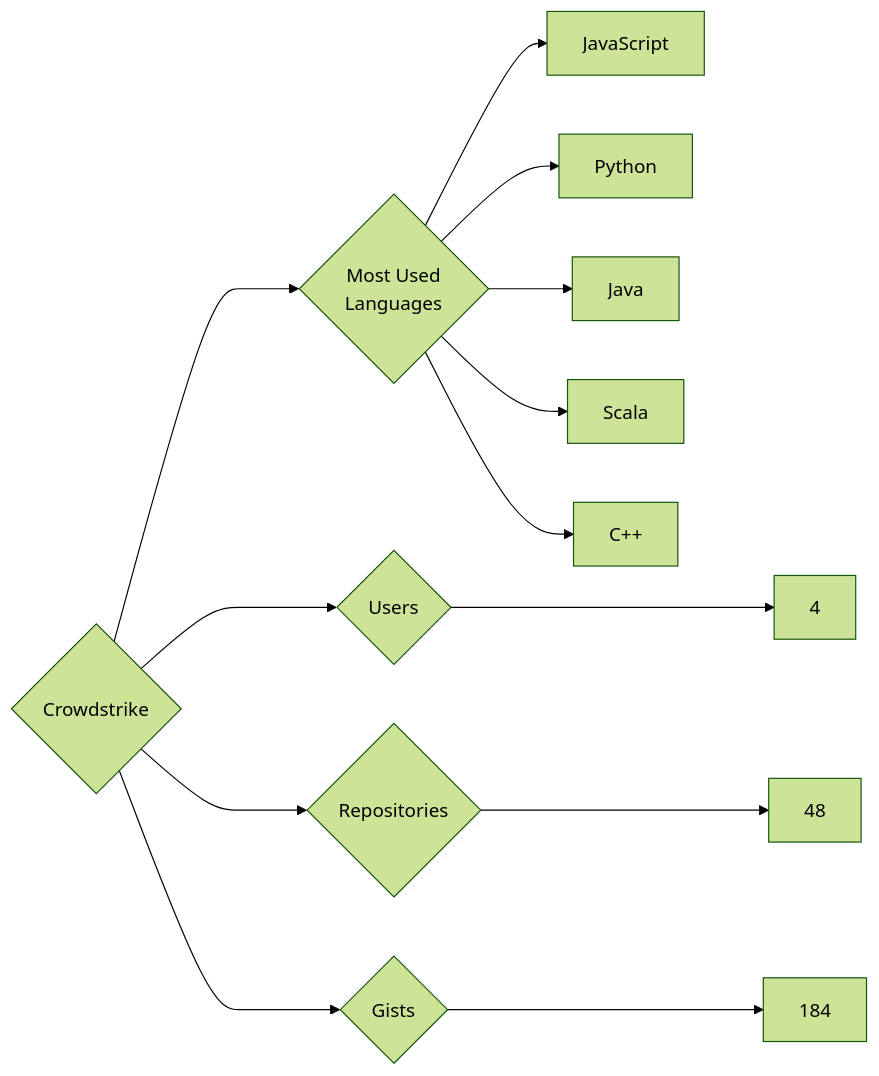
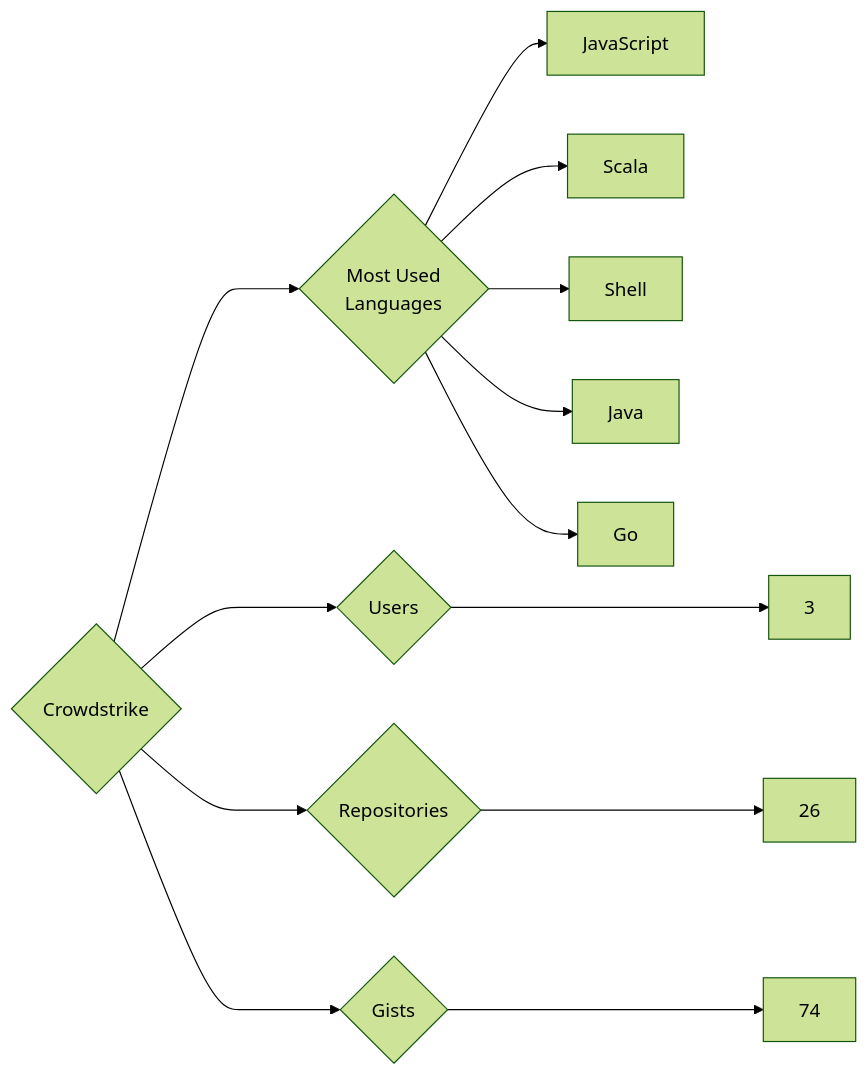
The diagram in targets/Crowdstrike/README.md (trickest/insiders), drawn with Mermaid (forest theme) before and after one commit. The commit also changed 611 other files, not shown here.

````diff
--- a/targets/Crowdstrike/README.md
+++ b/targets/Crowdstrike/README.md
@@ -3,13 +3,13 @@
 ```mermaid
 graph LR
 COMPANY_NAME{Crowdstrike}
-COMPANY_NAME ---> U{Users} ---> UN[4]
-COMPANY_NAME ---> R{Repositories} ---> RN[48]
-COMPANY_NAME ---> G{Gists} ---> GN[184]
+COMPANY_NAME ---> U{Users} ---> UN[3]
+COMPANY_NAME ---> R{Repositories} ---> RN[26]
+COMPANY_NAME ---> G{Gists} ---> GN[74]
 COMPANY_NAME ---> ML{Most Used<br>Languages}
 ML --> JavaScript[JavaScript]
-ML --> Python[Python]
+ML --> Scala[Scala]
+ML --> Shell[Shell]
 ML --> Java[Java]
-ML --> Scala[Scala]
-ML --> C++[C++]
+ML --> Go[Go]
 ```
````
